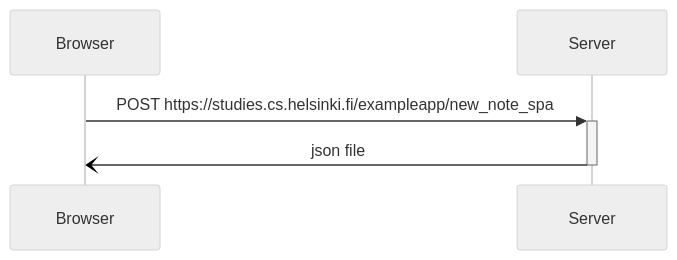
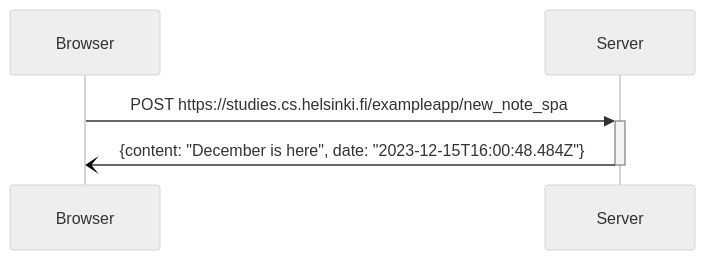
One commit to bhatnagar-kritika/Full-Stack-University-of-Helsinki changed the third of 3 diagrams in part0.md. Above: the diagram before and after it, drawn with Mermaid (neutral theme). The commit also changed other lines of this file, not shown here.

````diff
--- a/part0.md
+++ b/part0.md
@@ -50,8 +50,8 @@
 ```mermaid
     sequenceDiagram
     participant Browser
     participant Server
 
     Browser->>+Server: POST https://studies.cs.helsinki.fi/exampleapp/new_note_spa;
-    Server-)-Browser: json file;
+    Server-)-Browser: {content: "December is here", date: "2023-12-15T16:00:48.484Z"};
 ```
````
